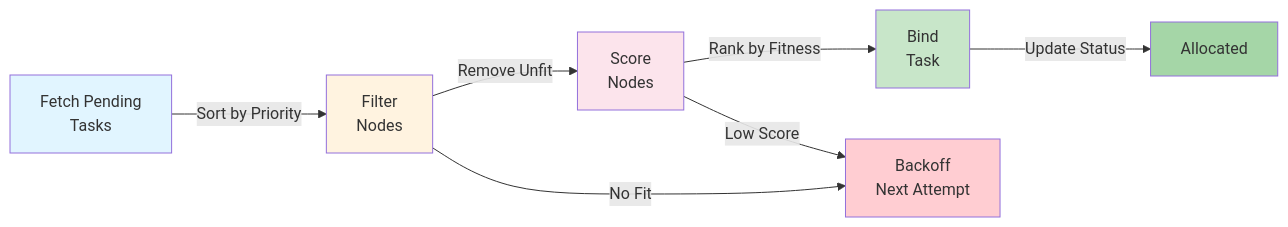
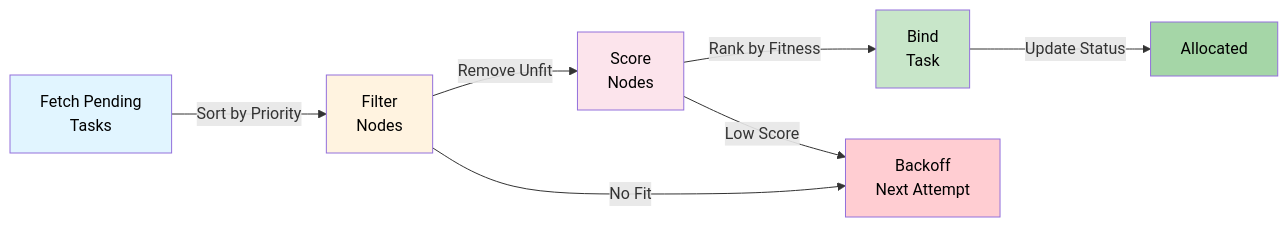
The third of 5 diagrams in README.md (Mohi1038/mini-k8s), drawn with Mermaid before and after one commit. The commit also changed other lines of this file, not shown here.

Commit message:
docs: improve diagram readability with black text color

````diff
--- a/README.md
+++ b/README.md
@@ -115,17 +115,17 @@
 ```mermaid
 graph LR
     A["Fetch Pending\nTasks"] -->|Sort by Priority| B["Filter\nNodes"]
     B -->|Remove Unfit| C["Score\nNodes"]
     C -->|Rank by Fitness| D["Bind\nTask"]
     D -->|Update Status| E["Allocated"]
     
     B -->|No Fit| F["Backoff\nNext Attempt"]
     C -->|Low Score| F
     
-    style A fill:#e1f5ff
-    style B fill:#fff3e0
-    style C fill:#fce4ec
-    style D fill:#c8e6c9
-    style E fill:#a5d6a7
-    style F fill:#ffcdd2
+    style A fill:#e1f5ff,color:#000000
+    style B fill:#fff3e0,color:#000000
+    style C fill:#fce4ec,color:#000000
+    style D fill:#c8e6c9,color:#000000
+    style E fill:#a5d6a7,color:#000000
+    style F fill:#ffcdd2,color:#000000
 ```
````
